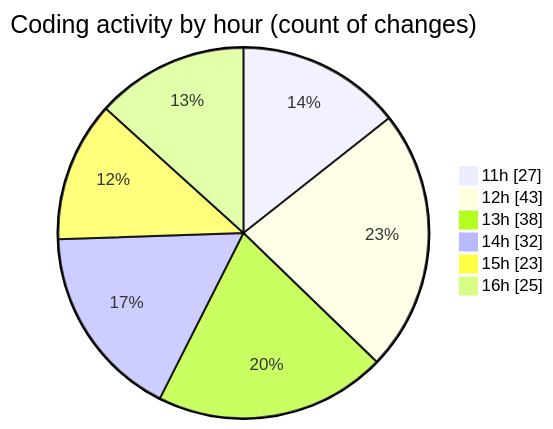
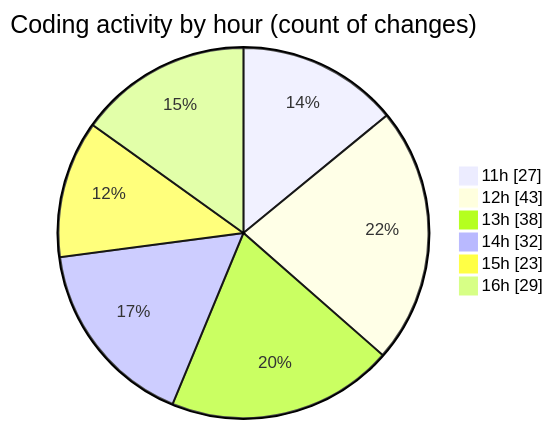
The second of 2 diagrams in 2026-01-05/cda/README.md (momahboobian/code-tracking), drawn with Mermaid before and after one commit. The commit also changed other lines of this file and 1 other file, not shown here.

````diff
--- a/2026-01-05/cda/README.md
+++ b/2026-01-05/cda/README.md
@@ -47,10 +49,10 @@
 ```mermaid
 pie showData
 title Coding activity by hour (count of changes)
 "11h" : 27
 "12h" : 43
 "13h" : 38
 "14h" : 32
 "15h" : 23
-"16h" : 25
+"16h" : 29
 ```
````
